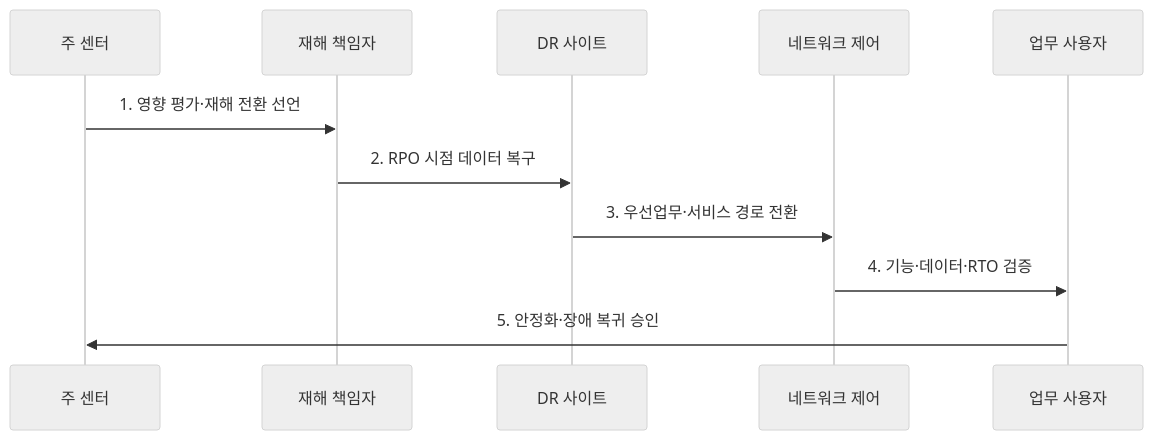
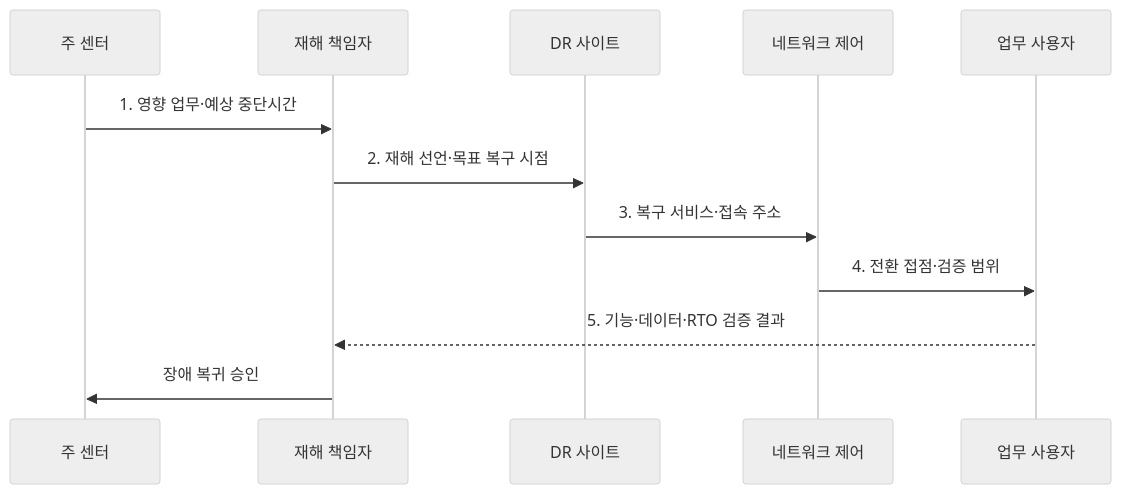
Before and after one commit to agnusdei1207/knowledge-base: the second of 2 diagrams in src/content/docs/notes/06-evaluation/019_disaster_recovery_site.md, drawn with Mermaid (neutral theme). The commit also changed other lines of this file and 20 other files, not shown here.

````diff
--- a/src/content/docs/notes/06-evaluation/019_disaster_recovery_site.md
+++ b/src/content/docs/notes/06-evaluation/019_disaster_recovery_site.md
@@ -89,13 +89,14 @@
 ```mermaid
 sequenceDiagram
   participant P as 주 센터
   participant M as 재해 책임자
   participant D as DR 사이트
   participant N as 네트워크 제어
   participant U as 업무 사용자
-  P->>M: 1. 영향 평가·재해 전환 선언
-  M->>D: 2. RPO 시점 데이터 복구
-  D->>N: 3. 우선업무·서비스 경로 전환
-  N->>U: 4. 기능·데이터·RTO 검증
-  U->>P: 5. 안정화·장애 복귀 승인
+  P->>M: 1. 영향 업무·예상 중단시간
+  M->>D: 2. 재해 선언·목표 복구 시점
+  D->>N: 3. 복구 서비스·접속 주소
+  N->>U: 4. 전환 접점·검증 범위
+  U-->>M: 5. 기능·데이터·RTO 검증 결과
+  M->>P: 장애 복귀 승인
 ```
````
